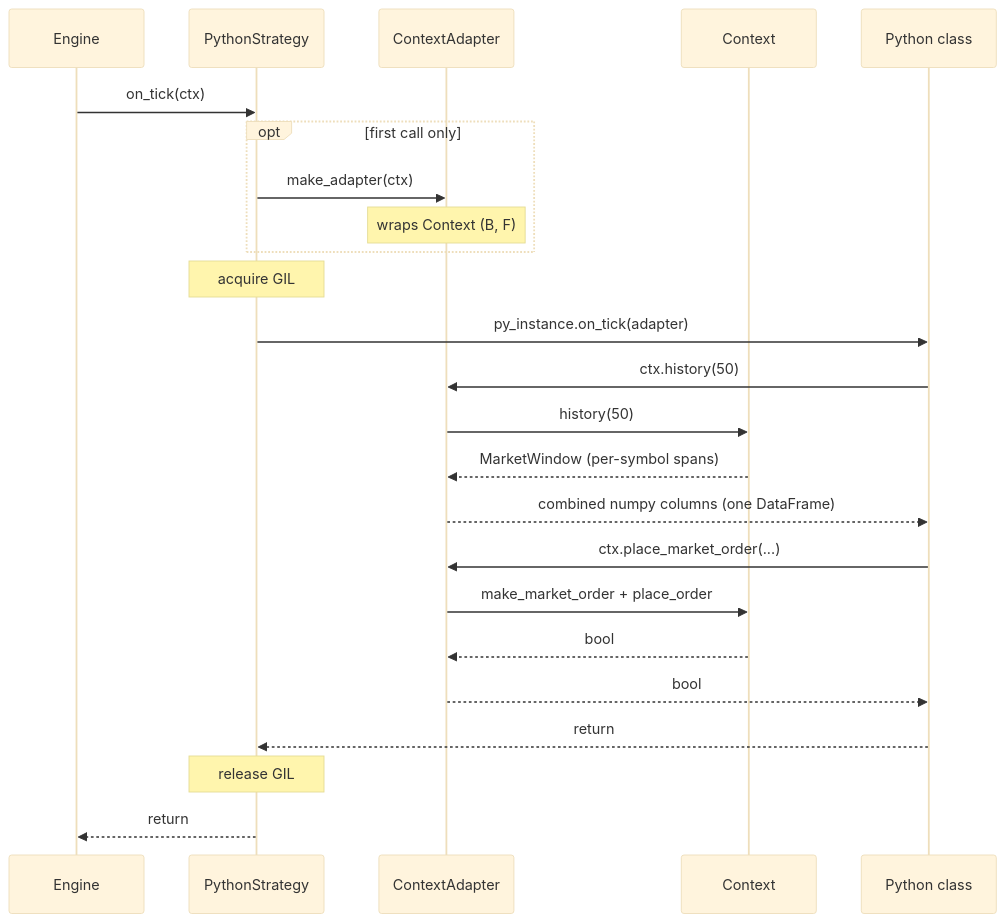
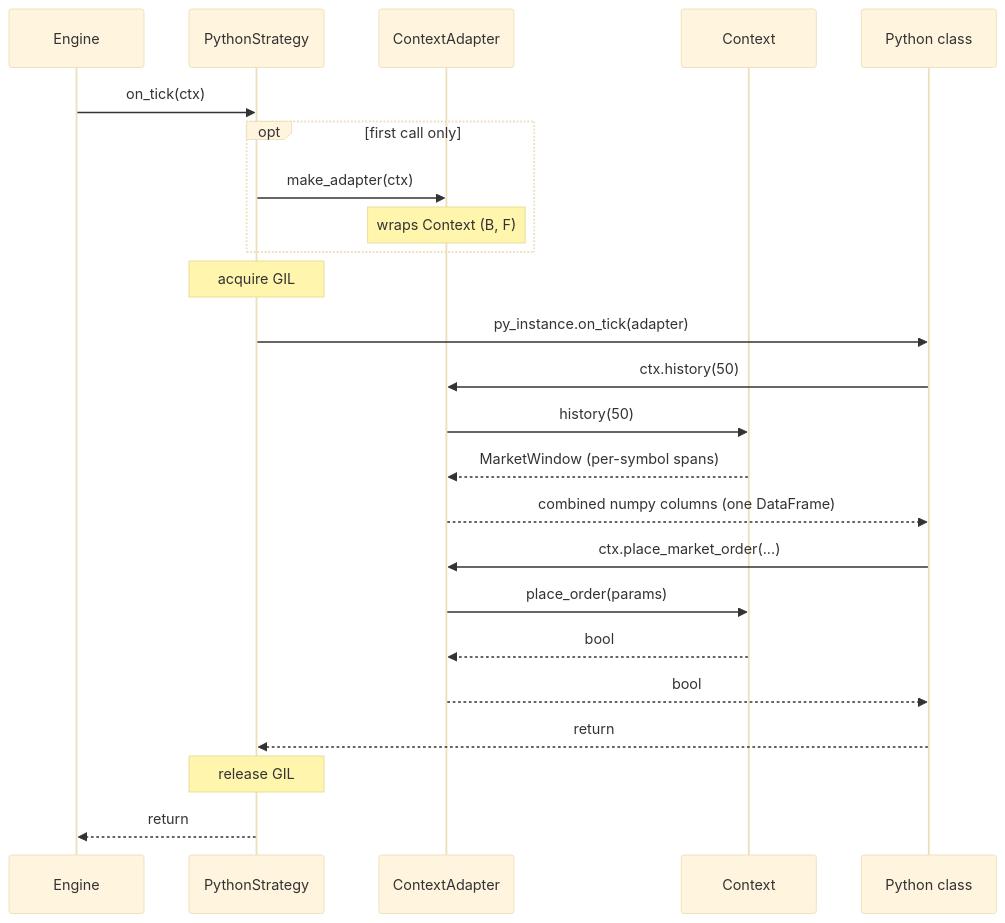
One commit to barberkman/stonks changed the seventh of 7 diagrams in docs/architecture.md. Above: the diagram before and after it, drawn with Mermaid (base theme). The commit also changed other lines of this file and 12 other files, not shown here.

````diff
--- a/docs/architecture.md
+++ b/docs/architecture.md
@@ -329,27 +327,27 @@
 ```mermaid
 sequenceDiagram
     participant E as Engine
     participant PS as PythonStrategy
     participant A as ContextAdapter
     participant Ctx as Context
     participant Py as Python class
 
     E->>PS: on_tick(ctx)
     opt first call only
         PS->>A: make_adapter(ctx)
         Note over A: wraps Context (B, F)
     end
     Note over PS: acquire GIL
     PS->>Py: py_instance.on_tick(adapter)
     Py->>A: ctx.history(50)
     A->>Ctx: history(50)
     Ctx-->>A: MarketWindow (per-symbol spans)
     A-->>Py: combined numpy columns (one DataFrame)
     Py->>A: ctx.place_market_order(...)
-    A->>Ctx: make_market_order + place_order
+    A->>Ctx: place_order(params)
     Ctx-->>A: bool
     A-->>Py: bool
     Py-->>PS: return
     Note over PS: release GIL
     PS-->>E: return
 ```
````
